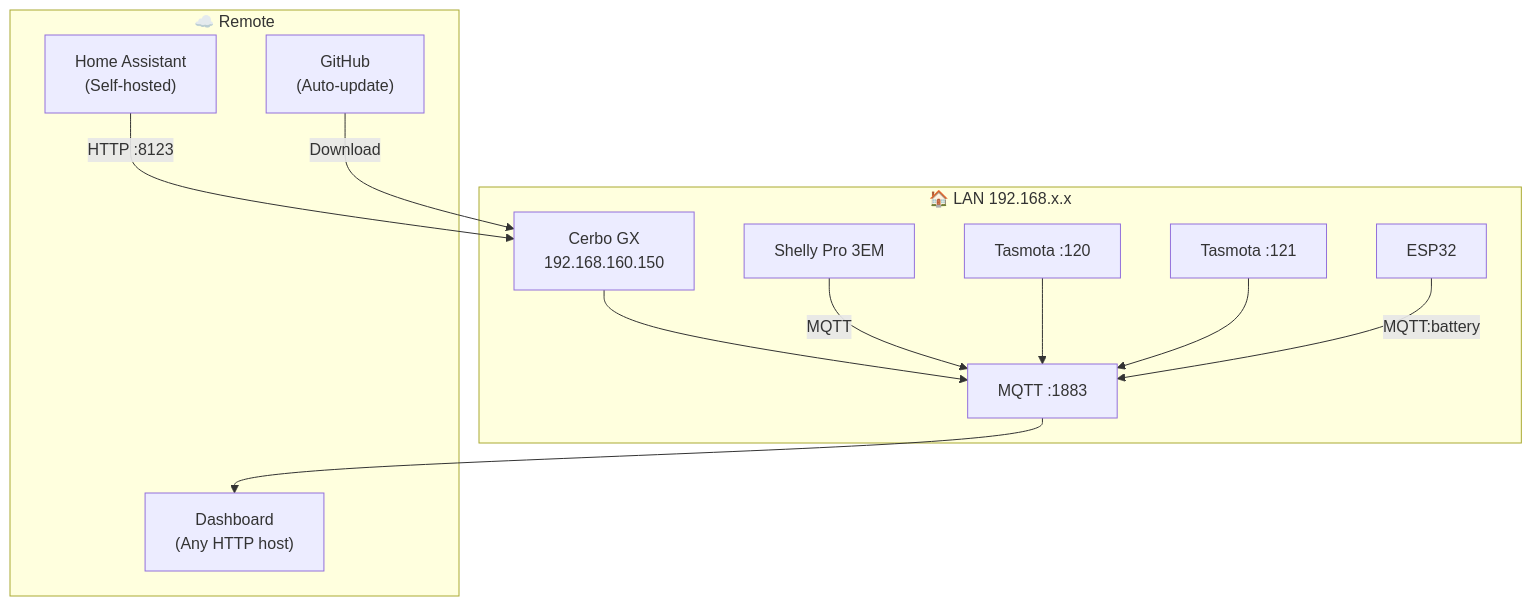
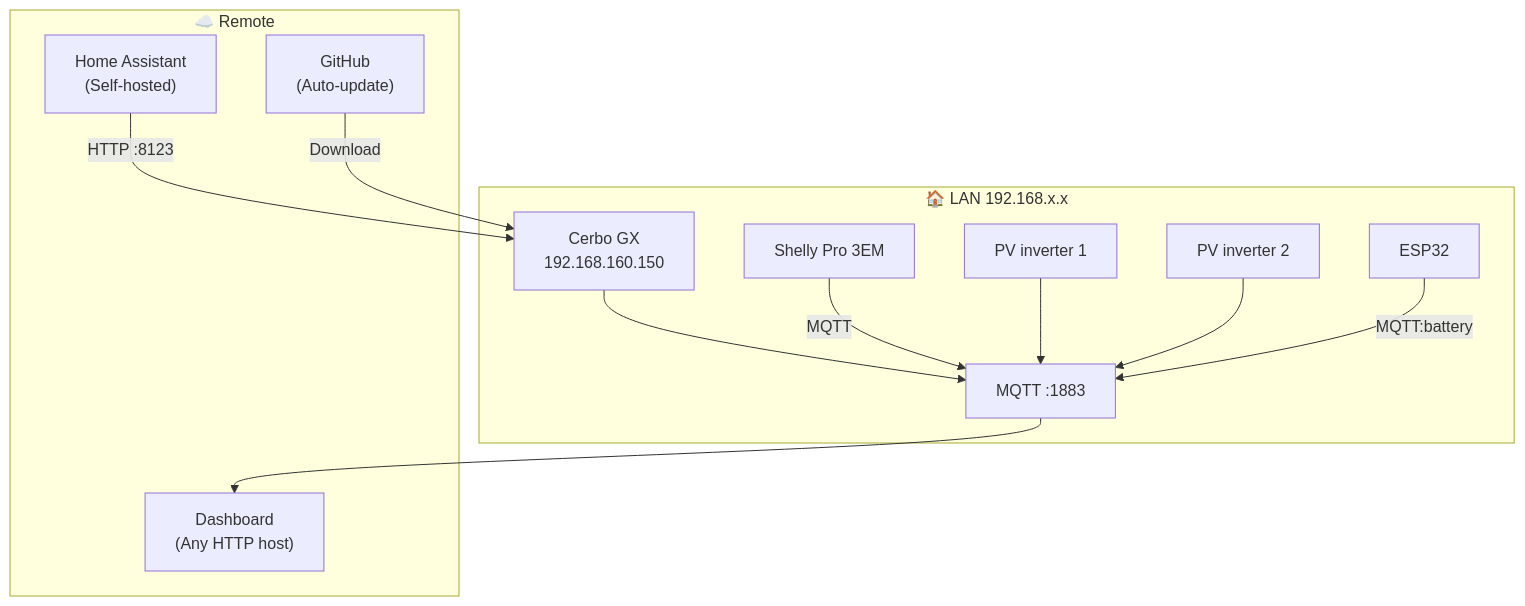
Before and after one commit to victron-venus/inverter-control: the third of 4 diagrams in .github/docs/system-architecture.md, drawn with Mermaid. The commit also changed other lines of this file and 17 other files, not shown here.

First line of the commit message:
chore: rename leftover Tasmota branding to PV inverter terminology

````diff
--- a/.github/docs/system-architecture.md
+++ b/.github/docs/system-architecture.md
@@ -106,26 +106,26 @@
 ```mermaid
 graph TB
     subgraph Local["🏠 LAN 192.168.x.x"]
         CERBO["Cerbo GX\n192.168.160.150"]
         MQTT_C["MQTT :1883"]
         SHELLY["Shelly Pro 3EM"]
-        TAS1["Tasmota :120"]
-        TAS2["Tasmota :121"]
+        PVI1["PV inverter 1"]
+        PVI2["PV inverter 2"]
         ESP["ESP32"]
     end
 
     subgraph Remote["☁️ Remote"]
         HA["Home Assistant\n(Self-hosted)"]
         DASH["Dashboard\n(Any HTTP host)"]
         GH["GitHub\n(Auto-update)"]
     end
 
     CERBO --> MQTT_C
     MQTT_C --> DASH
     SHELLY -->|"MQTT"| MQTT_C
-    TAS1 --> MQTT_C
-    TAS2 --> MQTT_C
+    PVI1 --> MQTT_C
+    PVI2 --> MQTT_C
     ESP -->|"MQTT:battery"| MQTT_C
     HA -->|"HTTP :8123"| CERBO
     GH -->|"Download"| CERBO
 ```
````
